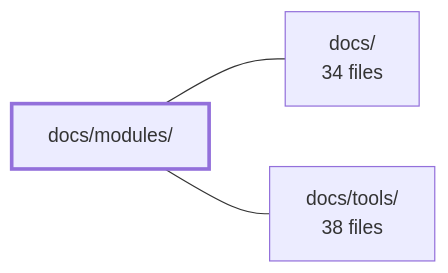
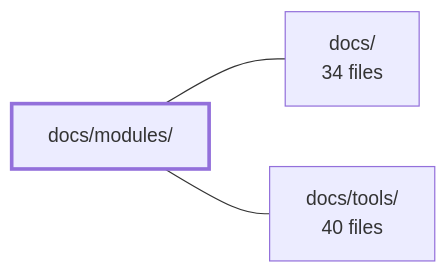
The diagram in .2repo/modules/boilerplate-node-backend_docs_modules.md (Guebbit/boilerplate-node-backend), drawn with Mermaid before and after one commit. The commit also changed other lines of this file and 625 other files, not shown here.

````diff
--- a/.2repo/modules/boilerplate-node-backend_docs_modules.md
+++ b/.2repo/modules/boilerplate-node-backend_docs_modules.md
@@ -36,9 +37,9 @@
 ```mermaid
 flowchart LR
     m_docs_modules["docs/modules/"]
     m_docs["docs/<br/>34 files"]
-    m_docs_tools["docs/tools/<br/>38 files"]
+    m_docs_tools["docs/tools/<br/>40 files"]
     m_docs_modules --- m_docs
     m_docs_modules --- m_docs_tools
     style m_docs_modules stroke-width:3px
 ```
````
